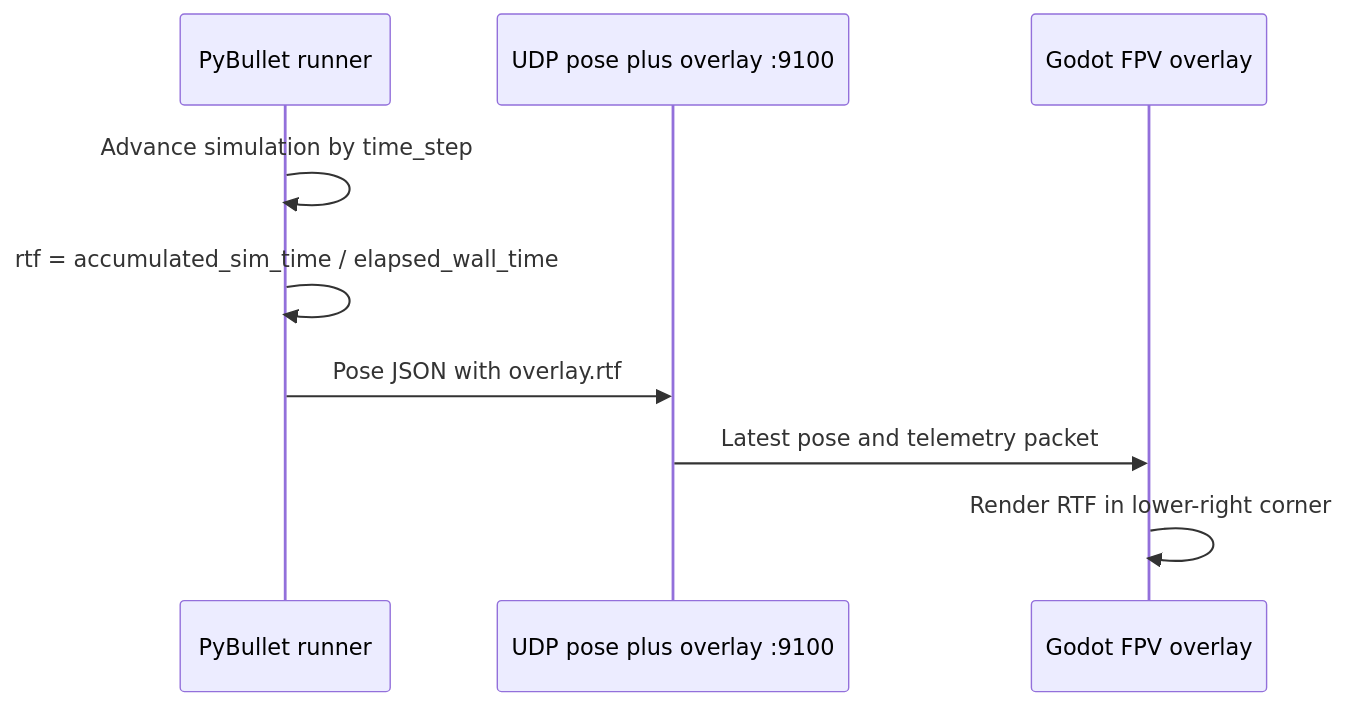
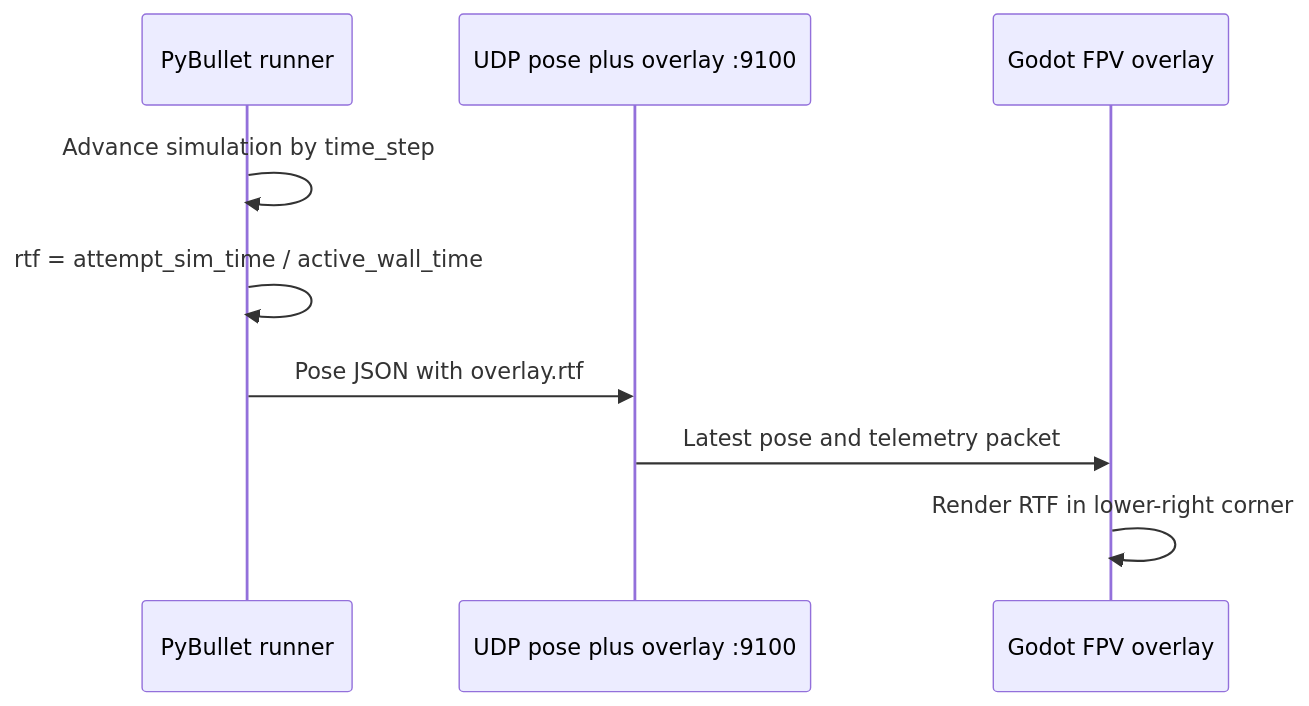
One commit to amire2000/fly_smart changed the diagram in docs/design/godot-rtf-overlay.md. Above: the diagram before and after it, drawn with Mermaid. The commit also changed other lines of this file and 10 other files, not shown here.

````diff
--- a/docs/design/godot-rtf-overlay.md
+++ b/docs/design/godot-rtf-overlay.md
@@ -17,12 +30,12 @@
 ```mermaid
 sequenceDiagram
     participant S as PyBullet runner
     participant U as UDP pose plus overlay :9100
     participant G as Godot FPV overlay
 
     S->>S: Advance simulation by time_step
-    S->>S: rtf = accumulated_sim_time / elapsed_wall_time
+    S->>S: rtf = attempt_sim_time / active_wall_time
     S->>U: Pose JSON with overlay.rtf
     U->>G: Latest pose and telemetry packet
     G->>G: Render RTF in lower-right corner
 ```
````
